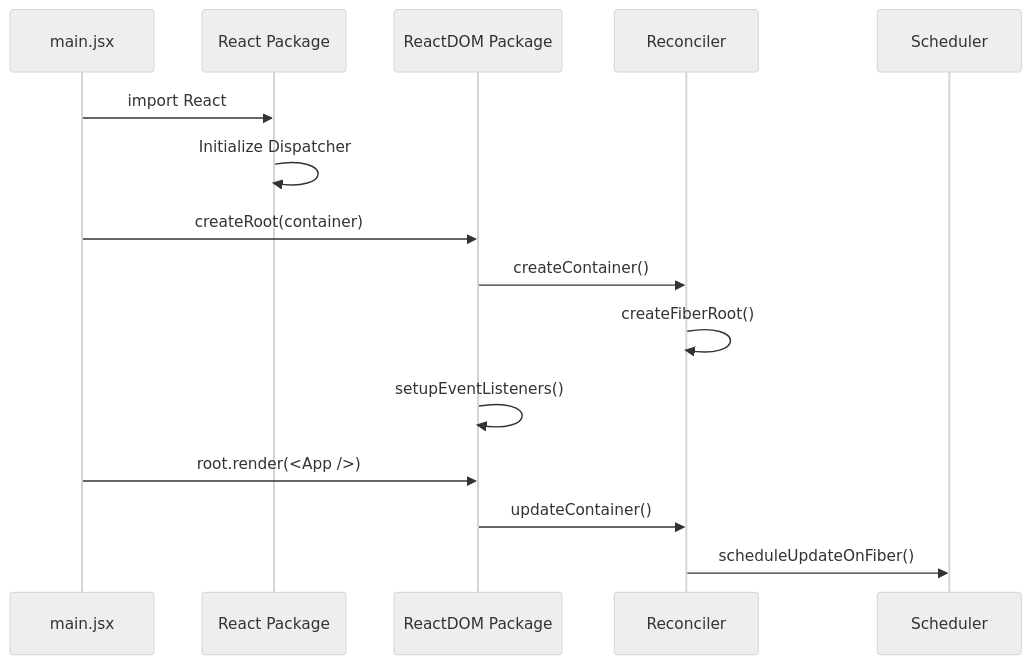
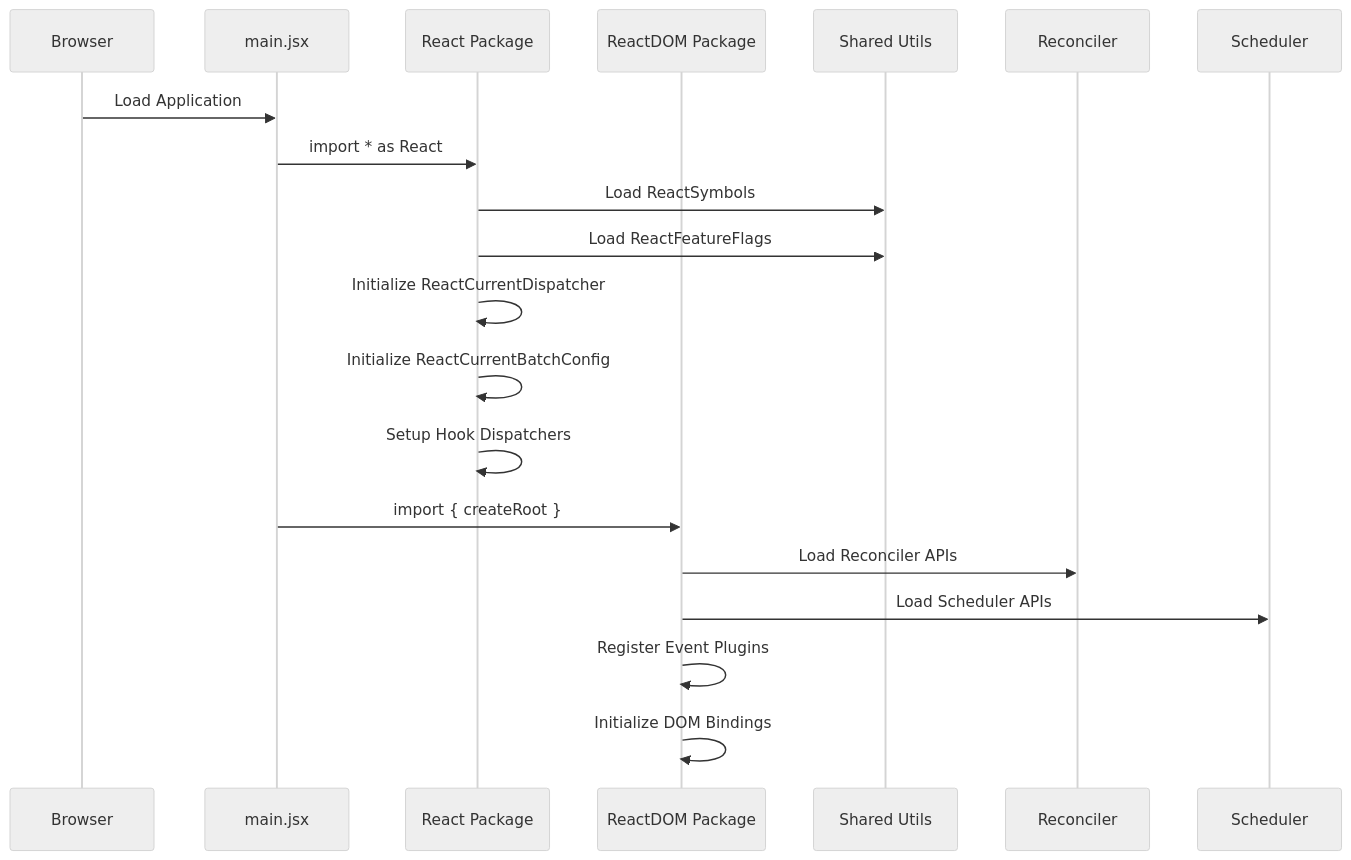
One commit to changcheng1/react18-source-implementation changed the second of 19 diagrams in README.md. Above: the diagram before and after it, drawn with Mermaid (neutral theme). The commit also changed other lines of this file, not shown here.

Commit message:
docs: 📃 fiber description

````diff
--- a/README.md
+++ b/README.md
@@ -125,18 +130,24 @@
 ```mermaid
 sequenceDiagram
+    participant Browser as Browser
     participant Main as main.jsx
     participant React as React Package
     participant ReactDOM as ReactDOM Package
+    participant Shared as Shared Utils
     participant Reconciler as Reconciler
     participant Scheduler as Scheduler
 
-    Main->>React: import React
-    React->>React: Initialize Dispatcher
-    Main->>ReactDOM: createRoot(container)
-    ReactDOM->>Reconciler: createContainer()
-    Reconciler->>Reconciler: createFiberRoot()
-    ReactDOM->>ReactDOM: setupEventListeners()
-    Main->>ReactDOM: root.render(<App />)
-    ReactDOM->>Reconciler: updateContainer()
-    Reconciler->>Scheduler: scheduleUpdateOnFiber()
+    Browser->>Main: Load Application
+    Main->>React: import * as React
+    React->>Shared: Load ReactSymbols
+    React->>Shared: Load ReactFeatureFlags
+    React->>React: Initialize ReactCurrentDispatcher
+    React->>React: Initialize ReactCurrentBatchConfig
+    React->>React: Setup Hook Dispatchers
+    
+    Main->>ReactDOM: import { createRoot }
+    ReactDOM->>Reconciler: Load Reconciler APIs
+    ReactDOM->>Scheduler: Load Scheduler APIs
+    ReactDOM->>ReactDOM: Register Event Plugins
+    ReactDOM->>ReactDOM: Initialize DOM Bindings
 ```
````
